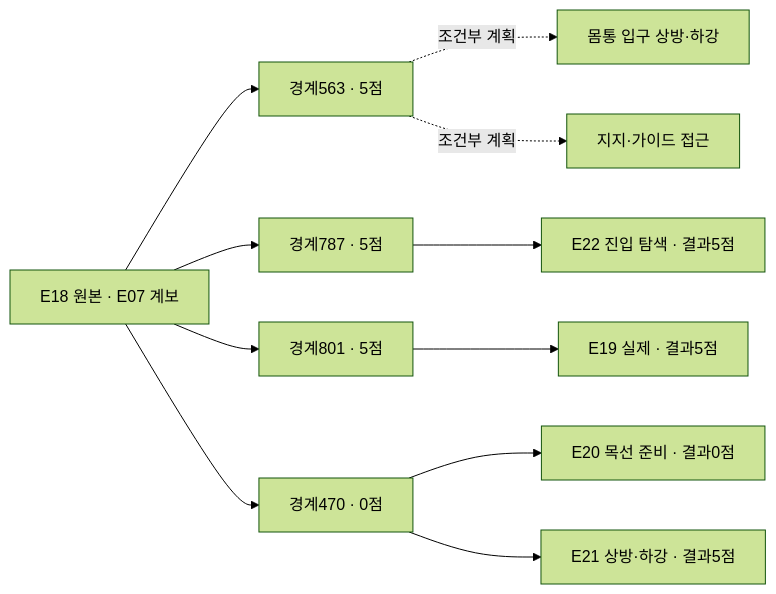
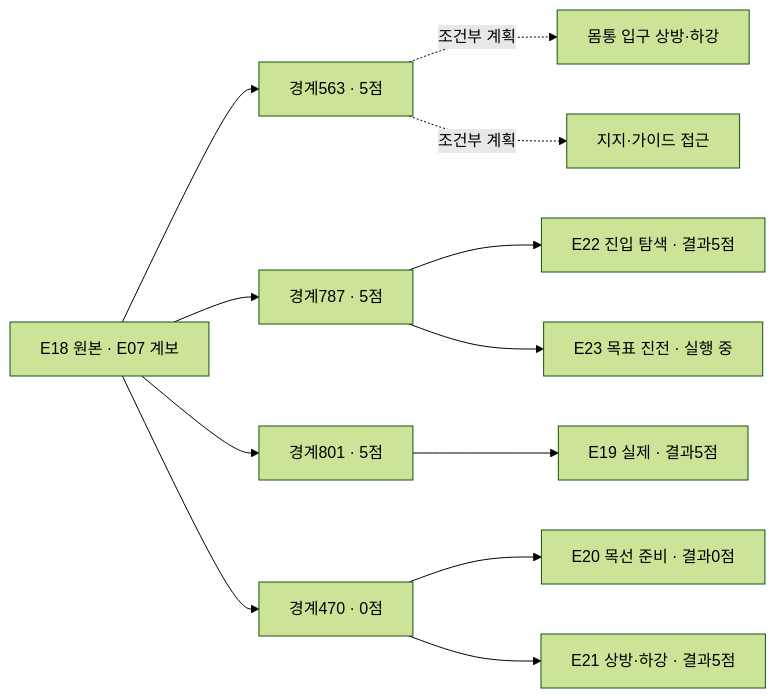
Before and after one commit to leonyoon-3dai/PhyRC_2027_phase1: the diagram in docs/collection/catalog/README.ko.md, drawn with Mermaid (forest theme). The commit also changed other lines of this file and 7 other files, not shown here.

````diff
--- a/docs/collection/catalog/README.ko.md
+++ b/docs/collection/catalog/README.ko.md
@@ -25,13 +25,14 @@
 ```mermaid
 flowchart LR
   E18["E18 원본 · E07 계보"] --> P563["경계563 · 5점"]
   E18 --> P787["경계787 · 5점"]
   E18 --> P801["경계801 · 5점"]
   E18 --> P470["경계470 · 0점"]
   P563 -. "조건부 계획" .-> O["몸통 입구 상방·하강"]
   P563 -. "조건부 계획" .-> G["지지·가이드 접근"]
   P801 --> E19["E19 실제 · 결과5점"]
   P470 --> E20["E20 목선 준비 · 결과0점"]
   P470 --> E21["E21 상방·하강 · 결과5점"]
   P787 --> E22["E22 진입 탐색 · 결과5점"]
+  P787 --> E23["E23 목표 진전 · 실행 중"]
 ```
````
